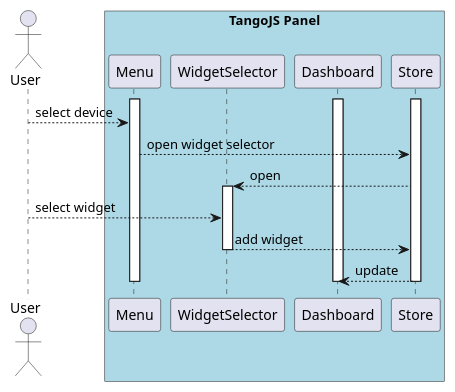
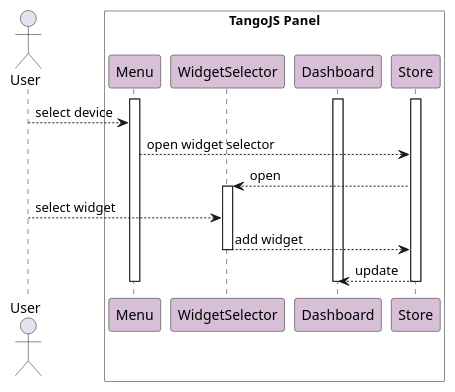
Before and after one commit to mliszcz/msc-thesis: the diagram in papers/case-study/figures/uml-source/03-tangojs-panel-flow.pu, drawn with PlantUML. The commit also changed 4 other files, not shown here.

Commit message:
[case-study] plantuml diagrams improvement

```diff
--- a/papers/case-study/figures/uml-source/03-tangojs-panel-flow.pu
+++ b/papers/case-study/figures/uml-source/03-tangojs-panel-flow.pu
@@ -1,28 +1,28 @@
 @startuml
 
 actor User as USER
-box "TangoJS Panel" #LightBlue
-  participant Menu as MENU
-  participant WidgetSelector as WS
-  participant Dashboard as DB
-  participant Store as STORE
+box "TangoJS Panel" #White
+  participant Menu as MENU #Thistle
+  participant WidgetSelector as WS #Thistle
+  participant Dashboard as DB #Thistle
+  participant Store as STORE #Thistle
 end box
 
 activate MENU
 activate DB
 activate STORE
 
 USER --> MENU : select device
 MENU --> STORE : open widget selector
 STORE --> WS: open
 activate WS
 USER --> WS : select widget
 WS --> STORE : add widget
 deactivate WS
 STORE --> DB : update
 deactivate MENU
 deactivate WS
 deactivate DB
 deactivate STORE
 
 @enduml
```
